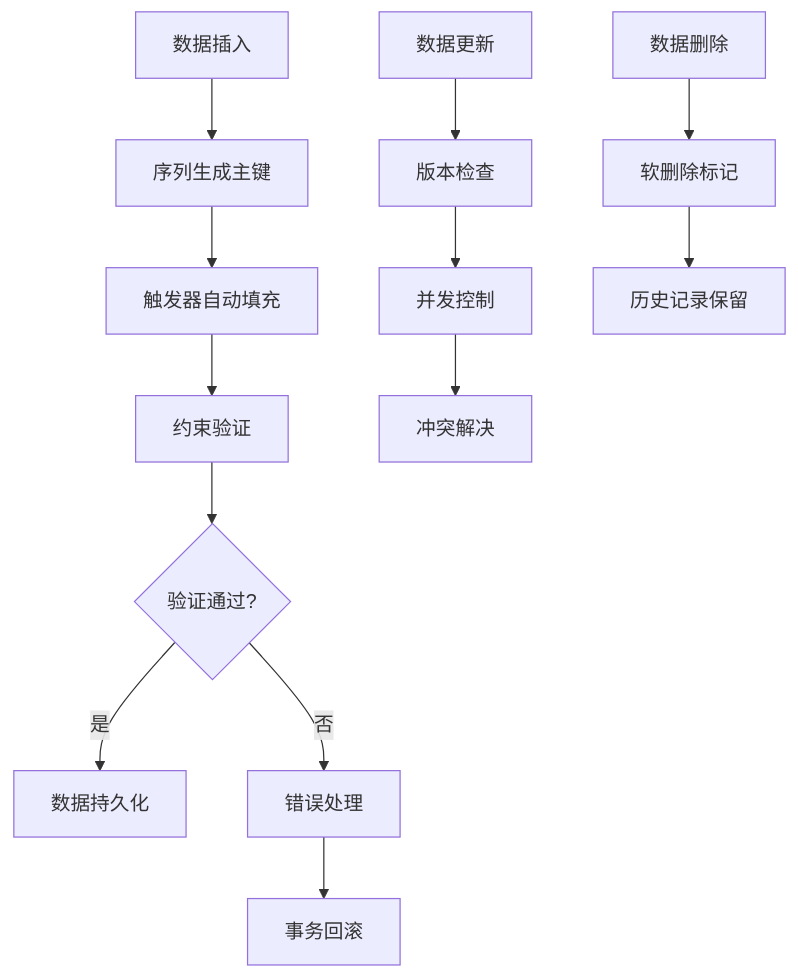
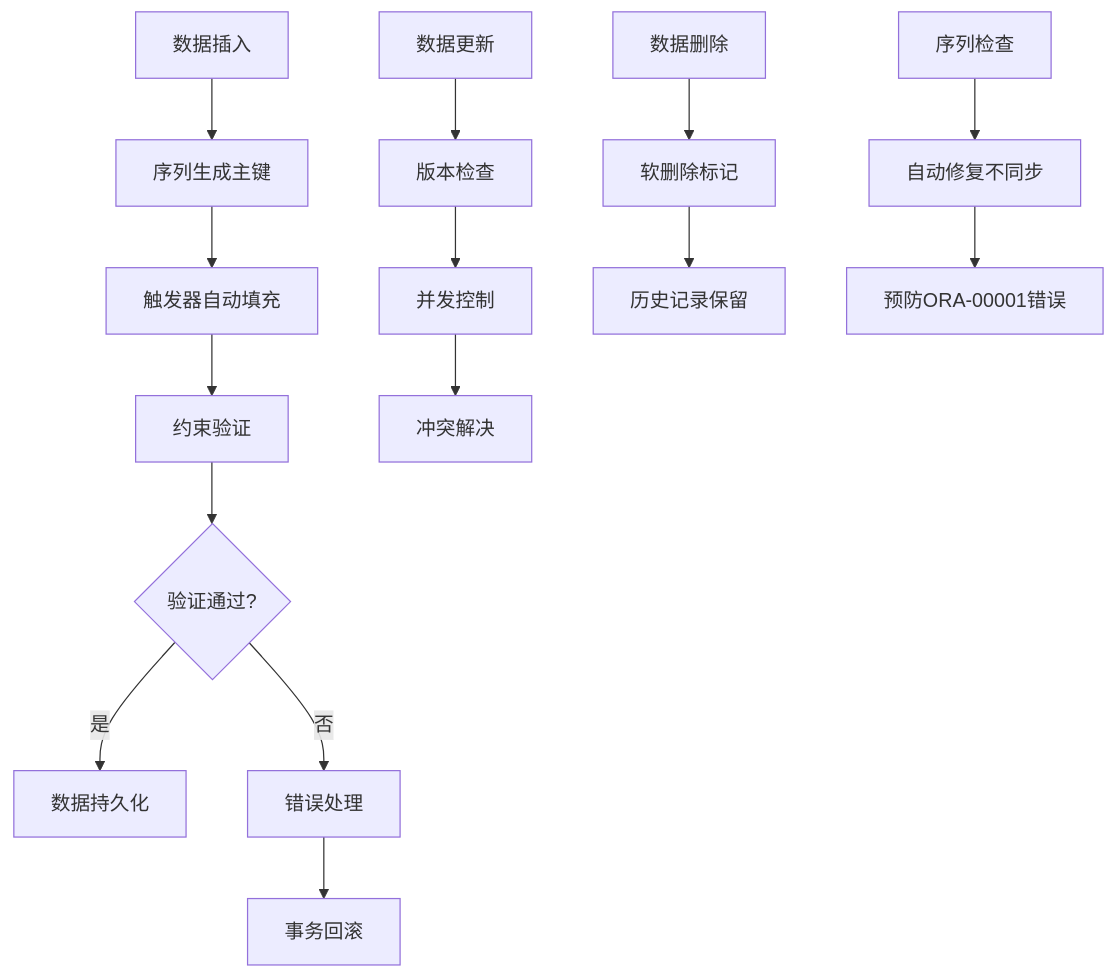
Before and after one commit to liuzh2008/med_ai_assistant_workspace: diagram 12 of 17 in .qoder/repowiki/zh/content/Database Operations.md, drawn with Mermaid. The commit also changed other lines of this file and 6 other files, not shown here.

````diff
--- a/.qoder/repowiki/zh/content/Database Operations.md
+++ b/.qoder/repowiki/zh/content/Database Operations.md
@@ -369,15 +514,17 @@
 ```mermaid
 flowchart TD
 A[数据插入] --> B[序列生成主键]
 B --> C[触发器自动填充]
 C --> D[约束验证]
 D --> E{验证通过?}
 E --> |是| F[数据持久化]
 E --> |否| G[错误处理]
 G --> H[事务回滚]
 I[数据更新] --> J[版本检查]
 J --> K[并发控制]
 K --> L[冲突解决]
 M[数据删除] --> N[软删除标记]
 N --> O[历史记录保留]
+P[序列检查] --> Q[自动修复不同步]
+Q --> R[预防ORA-00001错误]
 ```
````
